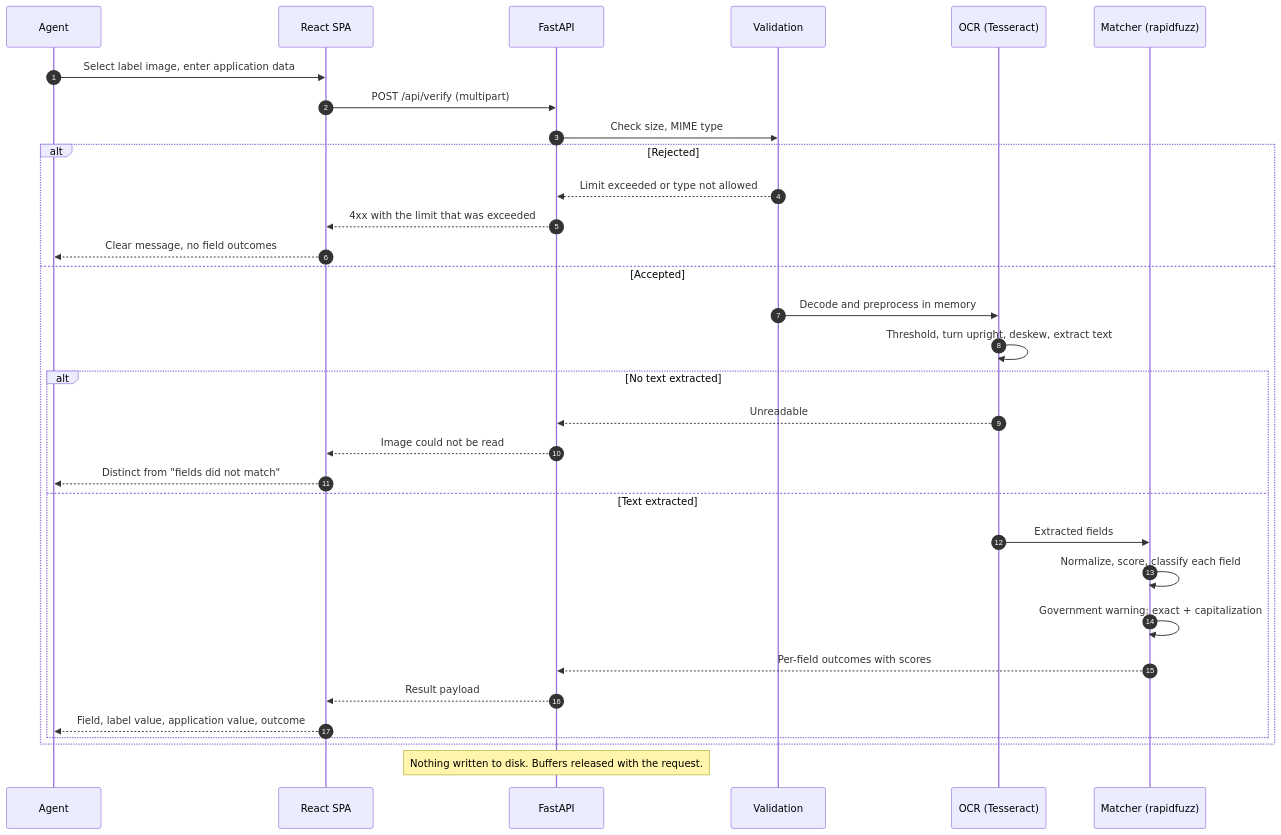
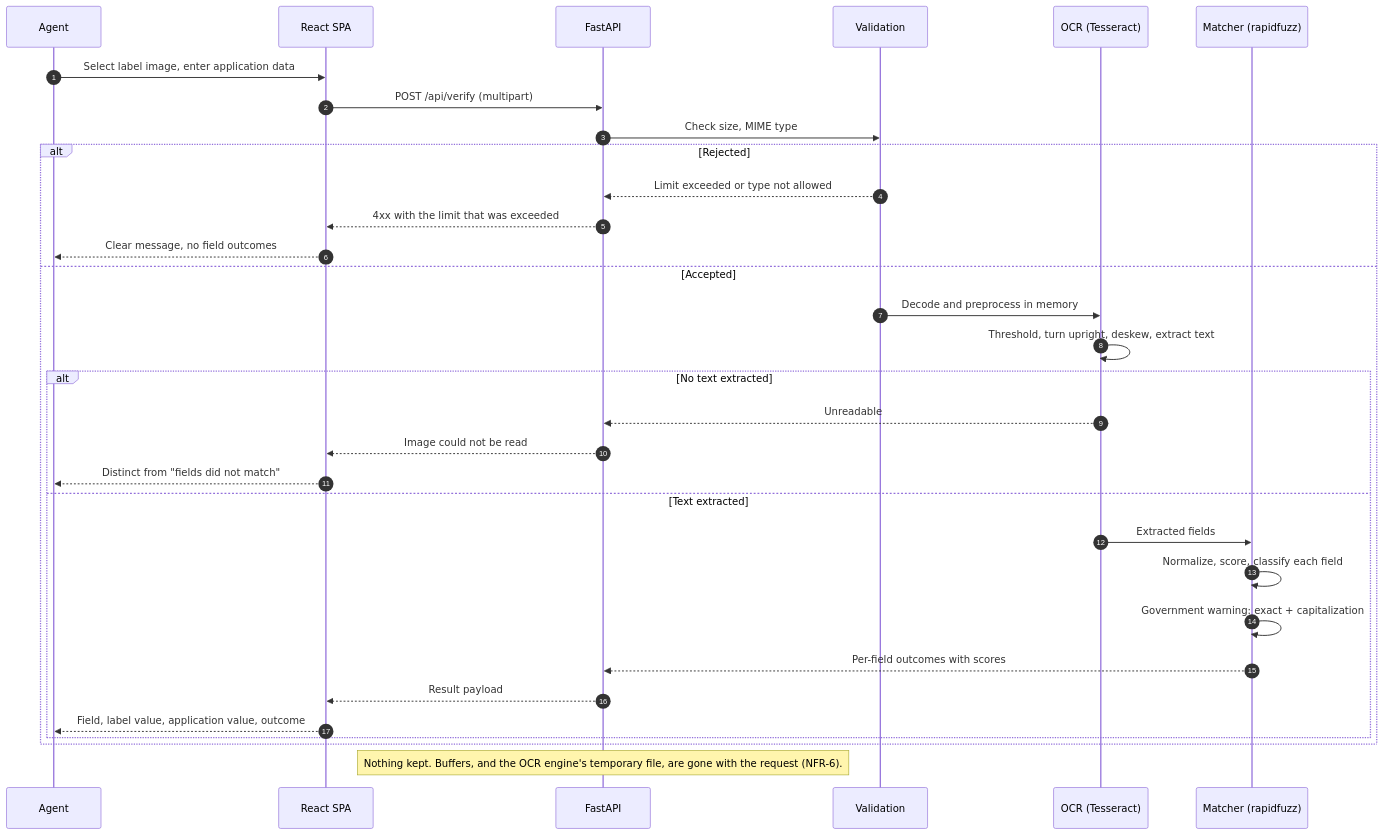
The third of 4 diagrams in docs/05_ARCHITECTURE.md (kimkight/26-DO-12891471-DH_T_ITS_AI_THT), drawn with Mermaid before and after one commit. The commit also changed 29 other files, not shown here.

````diff
--- a/docs/05_ARCHITECTURE.md
+++ b/docs/05_ARCHITECTURE.md
@@ -83,35 +83,35 @@
 ```mermaid
 sequenceDiagram
     autonumber
     participant A as Agent
     participant F as React SPA
     participant API as FastAPI
     participant V as Validation
     participant O as OCR (Tesseract)
     participant M as Matcher (rapidfuzz)
 
     A->>F: Select label image, enter application data
     F->>API: POST /api/verify (multipart)
     API->>V: Check size, MIME type
     alt Rejected
         V-->>API: Limit exceeded or type not allowed
         API-->>F: 4xx with the limit that was exceeded
         F-->>A: Clear message, no field outcomes
     else Accepted
         V->>O: Decode and preprocess in memory
         O->>O: Threshold, turn upright, deskew, extract text
         alt No text extracted
             O-->>API: Unreadable
             API-->>F: Image could not be read
             F-->>A: Distinct from "fields did not match"
         else Text extracted
             O->>M: Extracted fields
             M->>M: Normalize, score, classify each field
             M->>M: Government warning: exact + capitalization
             M-->>API: Per-field outcomes with scores
             API-->>F: Result payload
             F-->>A: Field, label value, application value, outcome
         end
     end
-    Note over API: Nothing written to disk. Buffers released with the request.
+    Note over API: Nothing kept. Buffers, and the OCR engine's temporary file, are gone with the request (NFR-6).
 ```
````
